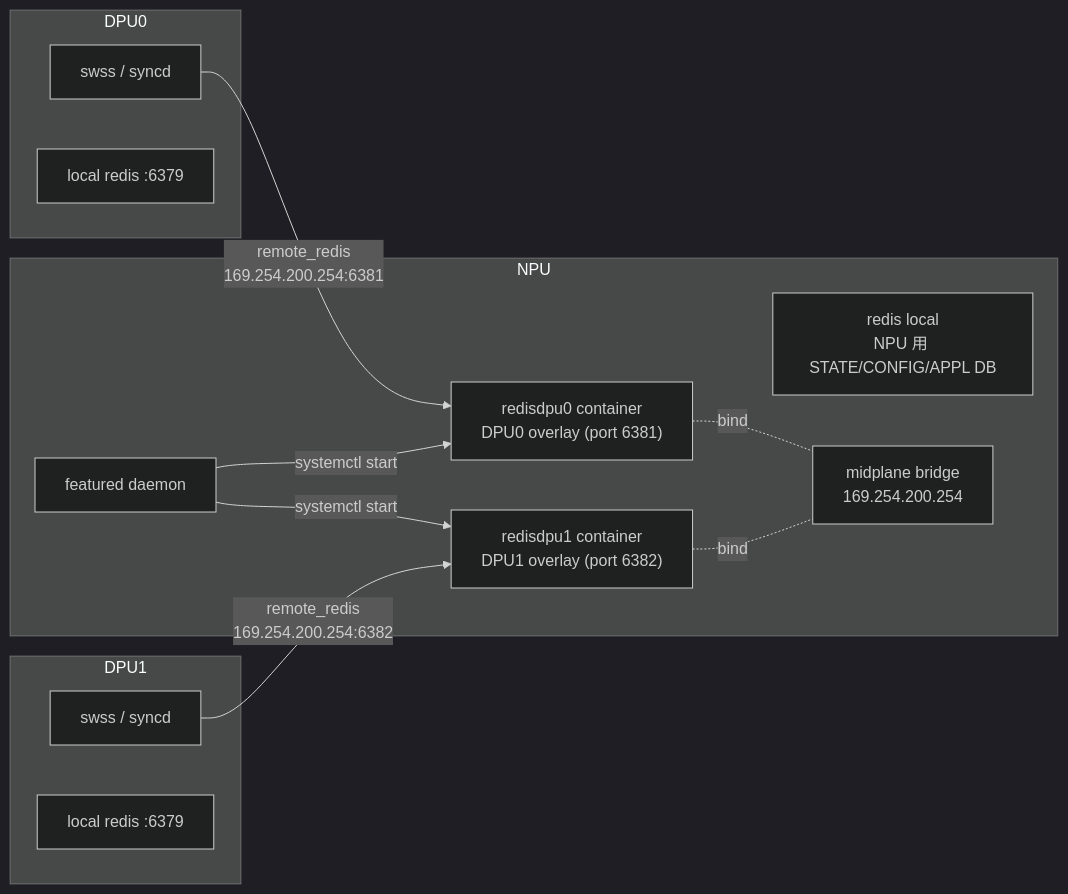
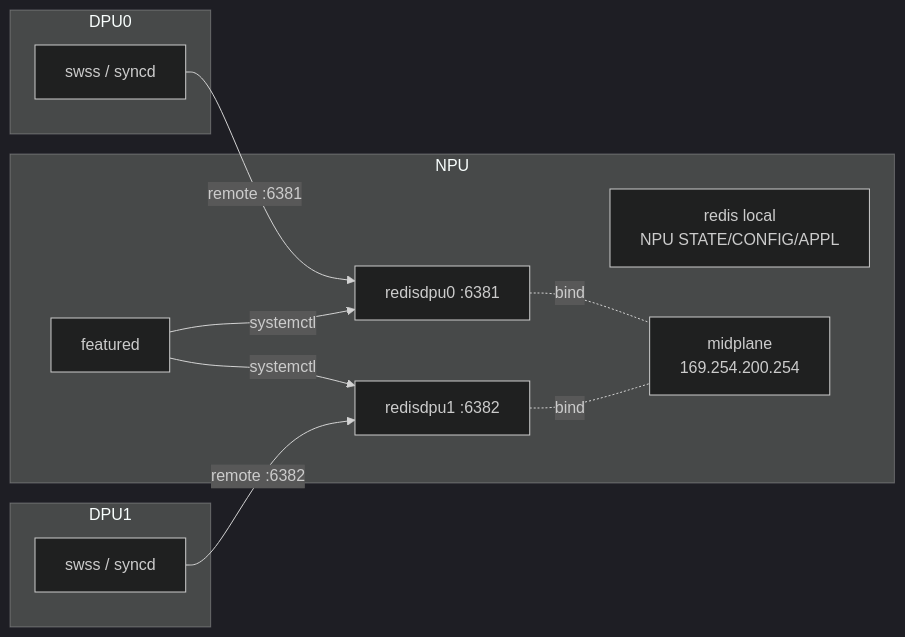
The first of 2 diagrams in docs/architecture/smart-switch-database-design.md (aoki-taquan/sonic-unofficial-docs), drawn with Mermaid (dark theme) before and after one commit. The commit also changed other lines of this file and 4 other files, not shown here.

First line of the commit message:
[quality] HLD architecture 5 件 再構成

````diff
--- a/docs/architecture/smart-switch-database-design.md
+++ b/docs/architecture/smart-switch-database-design.md
@@ -33,24 +39,22 @@
 ```mermaid
 flowchart LR
-    subgraph NPU["NPU"]
-      DBN[redis local<br/>NPU 用 STATE/CONFIG/APPL DB]
-      DBD0["redisdpu0 container<br/>DPU0 overlay (port 6381)"]
-      DBD1["redisdpu1 container<br/>DPU1 overlay (port 6382)"]
-      FEA[featured daemon]
-      MID[midplane bridge<br/>169.254.200.254]
+    subgraph NPU
+      DBN[redis local<br/>NPU STATE/CONFIG/APPL]
+      DBD0[redisdpu0 :6381]
+      DBD1[redisdpu1 :6382]
+      FEA[featured]
+      MID[midplane<br/>169.254.200.254]
     end
     subgraph DPU0
       SWSS0[swss / syncd]
-      RD0[local redis :6379]
     end
     subgraph DPU1
       SWSS1[swss / syncd]
-      RD1[local redis :6379]
     end
-    FEA -->|systemctl start| DBD0
-    FEA -->|systemctl start| DBD1
+    FEA -->|systemctl| DBD0
+    FEA -->|systemctl| DBD1
     DBD0 -.bind.- MID
     DBD1 -.bind.- MID
-    SWSS0 -->|remote_redis<br/>169.254.200.254:6381| DBD0
-    SWSS1 -->|remote_redis<br/>169.254.200.254:6382| DBD1
+    SWSS0 -->|remote :6381| DBD0
+    SWSS1 -->|remote :6382| DBD1
 ```
````
